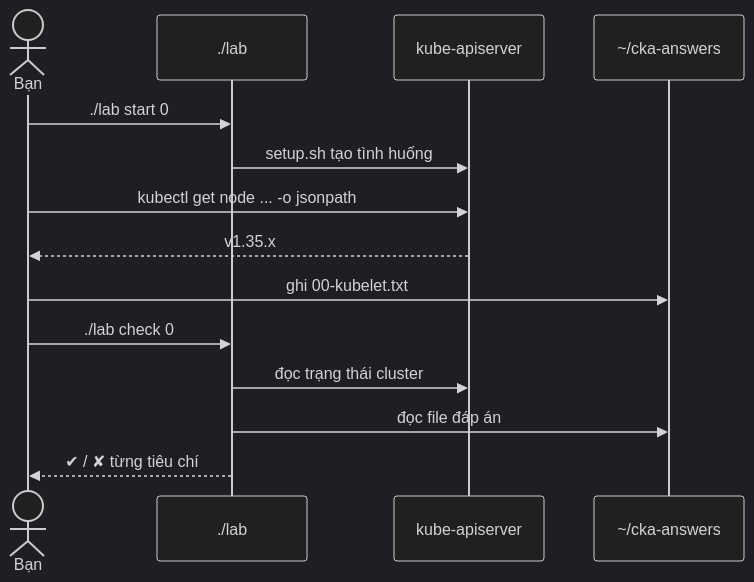
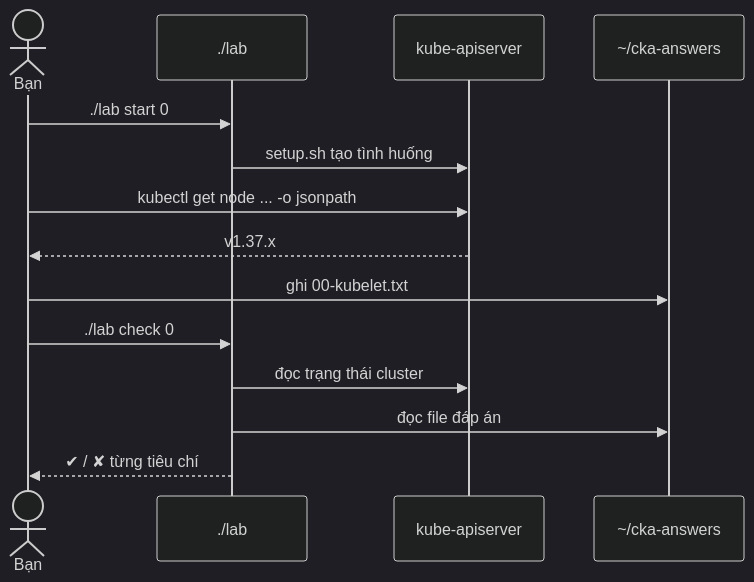
One commit to TomJennyDev/cka-labs changed the second of 2 diagrams in labs/00-lab-environment/README.md. Above: the diagram before and after it, drawn with Mermaid (dark theme). The commit also changed other lines of this file and 109 other files, not shown here.

````diff
--- a/labs/00-lab-environment/README.md
+++ b/labs/00-lab-environment/README.md
@@ -52,16 +52,16 @@
 ```mermaid
 sequenceDiagram
   actor U as Bạn
   participant L as ./lab
   participant A as kube-apiserver
   participant F as ~/cka-answers
   U->>L: ./lab start 0
   L->>A: setup.sh tạo tình huống
   U->>A: kubectl get node ... -o jsonpath
-  A-->>U: v1.35.x
+  A-->>U: v1.37.x
   U->>F: ghi 00-kubelet.txt
   U->>L: ./lab check 0
   L->>A: đọc trạng thái cluster
   L->>F: đọc file đáp án
   L-->>U: ✔ / ✘ từng tiêu chí
 ```
````
